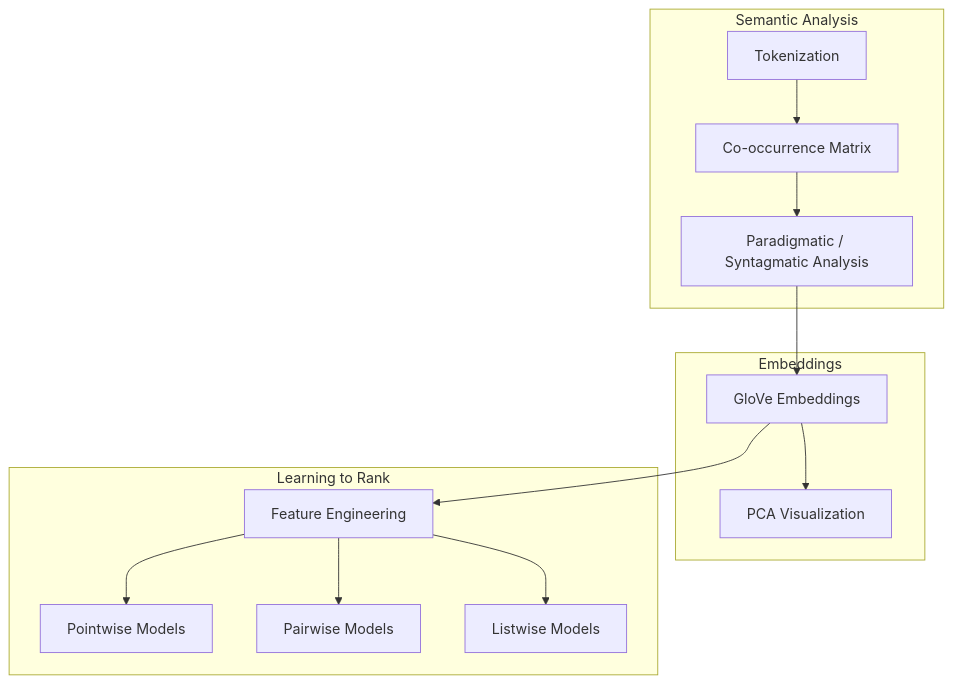
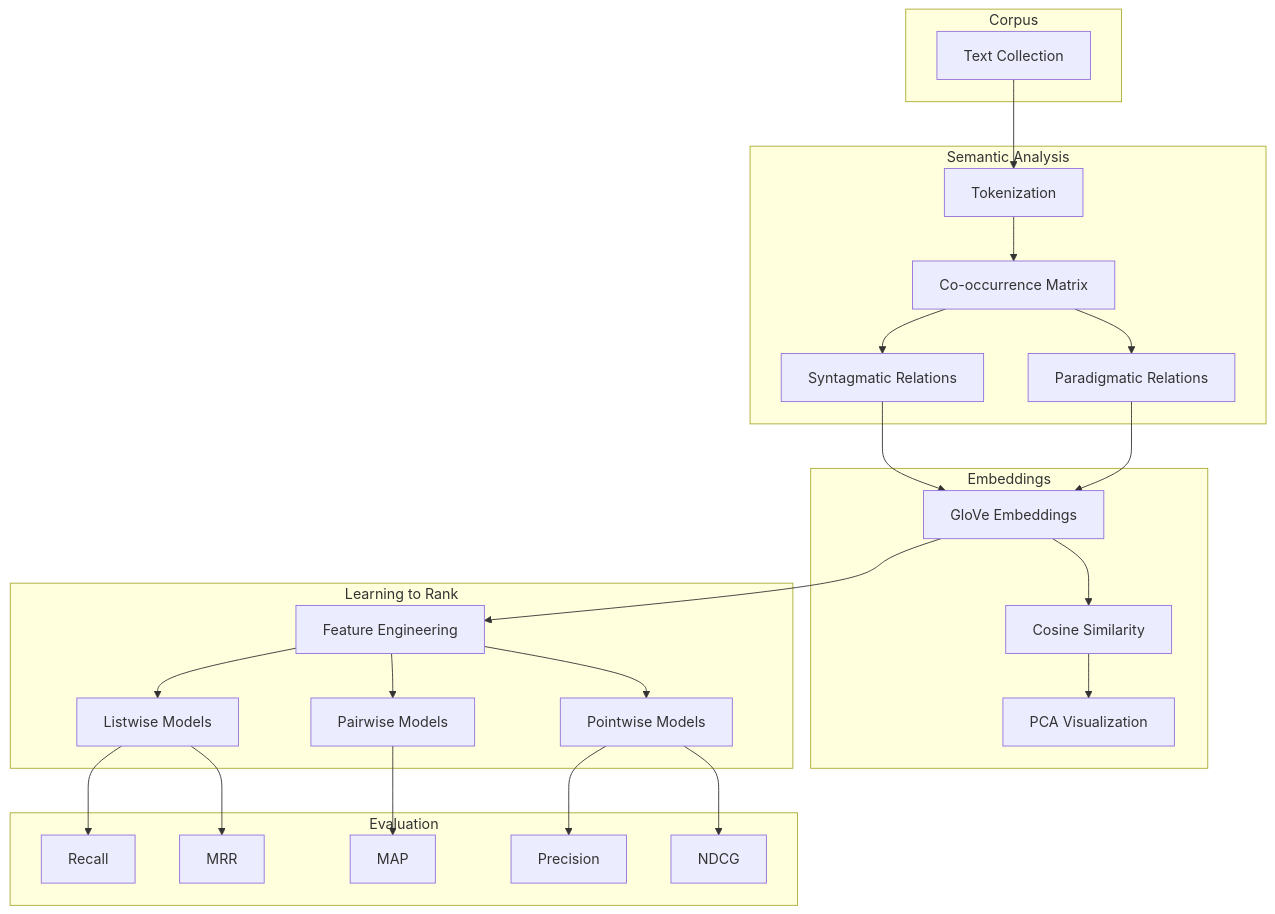
The first of 4 diagrams in README.md (farzadjannati/-Advanced-Information-Retrieval-with-Distributional-Semantics-Word-Embeddings-and-Learning-to-Rank), drawn with Mermaid before and after one commit. The commit also changed other lines of this file, not shown here.

````diff
--- a/README.md
+++ b/README.md
@@ -58,30 +64,53 @@
 ```mermaid
 flowchart TB
+
+subgraph Corpus
+A[Text Collection]
+end
 
 subgraph Semantic Analysis
 B[Tokenization]
 C[Co-occurrence Matrix]
-D[Paradigmatic / Syntagmatic Analysis]
+D[Paradigmatic Relations]
+E[Syntagmatic Relations]
 end
 
 subgraph Embeddings
 F[GloVe Embeddings]
+G[Cosine Similarity]
 H[PCA Visualization]
 end
 
 subgraph Learning to Rank
 I[Feature Engineering]
 J[Pointwise Models]
 K[Pairwise Models]
 L[Listwise Models]
 end
 
+subgraph Evaluation
+M[NDCG]
+N[MAP]
+O[MRR]
+P[Precision]
+Q[Recall]
+end
+
+A --> B
 B --> C
 C --> D
+C --> E
 D --> F
-F --> H
+E --> F
+F --> G
+G --> H
 F --> I
 I --> J
 I --> K
 I --> L
+J --> M
+K --> N
+L --> O
+J --> P
+L --> Q
 ```
````
